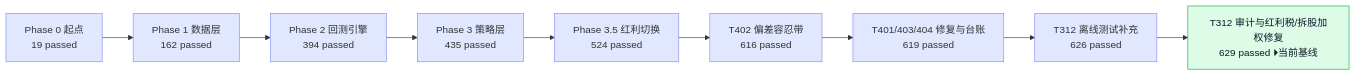
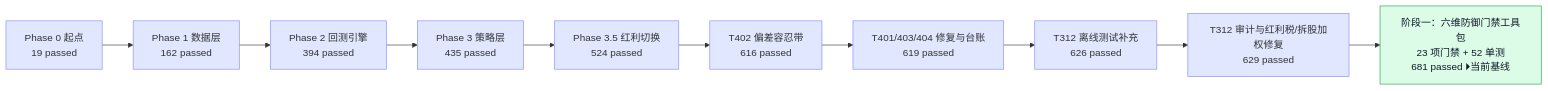
Before and after one commit to YZml1507/FinAI2.0: the fifth of 6 diagrams in docs/project_status_flowchart.md, drawn with Mermaid. The commit also changed other lines of this file and 1 other file, not shown here.

Commit message:
docs: update flowchart to reflect Phase 1 gate suite completion and 681 passed baseline

````diff
--- a/docs/project_status_flowchart.md
+++ b/docs/project_status_flowchart.md
@@ -103,20 +103,22 @@
 ```mermaid
 flowchart LR
   B0["Phase 0 起点<br/>19 passed"] --> B1["Phase 1 数据层<br/>162 passed"]
   B1 --> B2["Phase 2 回测引擎<br/>394 passed"]
   B2 --> B3["Phase 3 策略层<br/>435 passed"]
   B3 --> B35["Phase 3.5 红利切换<br/>524 passed"]
   B35 --> B402["T402 偏差容忍带<br/>616 passed"]
   B402 --> B404["T401/403/404 修复与台账<br/>619 passed"]
   B404 --> B312_OLD["T312 离线测试补充<br/>626 passed"]
-  B312_OLD --> B312_NOW["T312 审计与红利税/拆股加权修复<br/>629 passed ⏵当前基线"]
+  B312_OLD --> B312_NOW["T312 审计与红利税/拆股加权修复<br/>629 passed"]
+  B312_NOW --> GATES["阶段一：六维防御门禁工具包<br/>23 项门禁 + 52 单测<br/>681 passed ⏵当前基线"]
   style B0 fill:#e0e7ff,stroke:#818cf8
   style B1 fill:#e0e7ff,stroke:#818cf8
   style B2 fill:#e0e7ff,stroke:#818cf8
   style B3 fill:#e0e7ff,stroke:#818cf8
   style B35 fill:#e0e7ff,stroke:#818cf8
   style B402 fill:#e0e7ff,stroke:#818cf8
   style B404 fill:#e0e7ff,stroke:#818cf8
   style B312_OLD fill:#e0e7ff,stroke:#818cf8
-  style B312_NOW fill:#dcfce7,stroke:#16a34a,color:#0f172a
+  style B312_NOW fill:#e0e7ff,stroke:#818cf8
+  style GATES fill:#dcfce7,stroke:#16a34a,color:#0f172a
 ```
````
